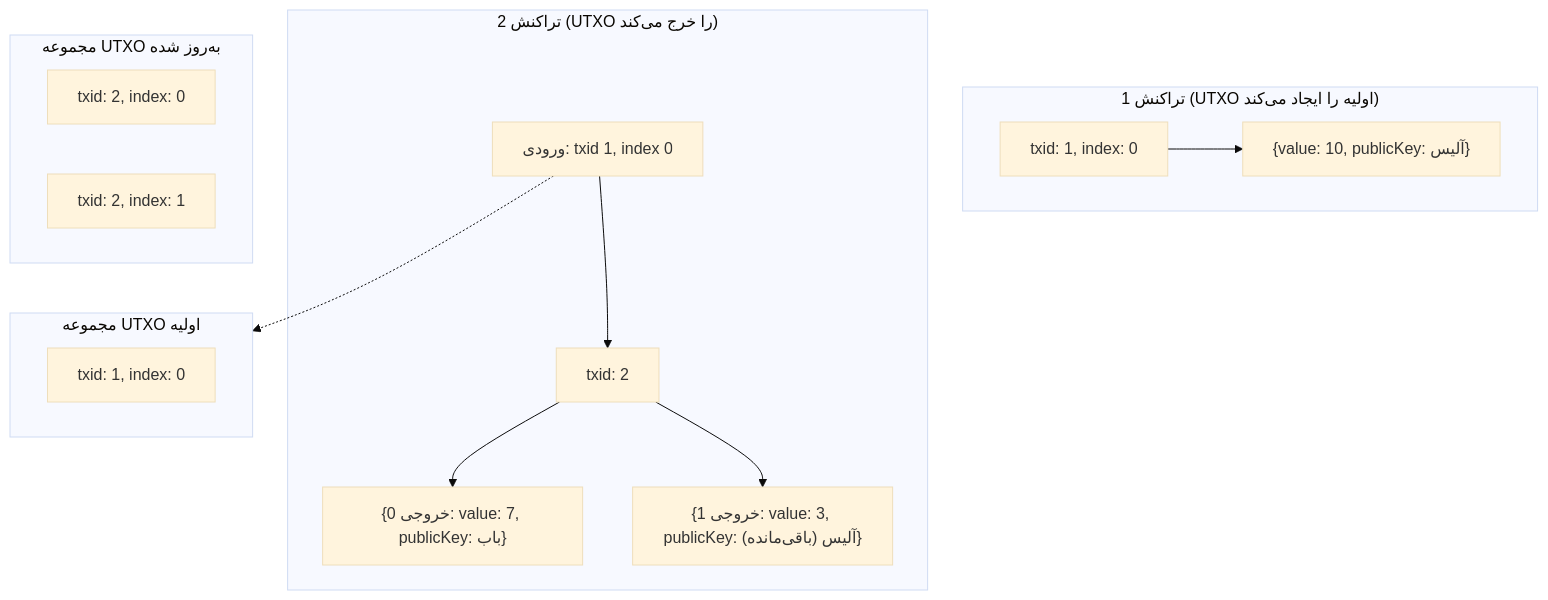
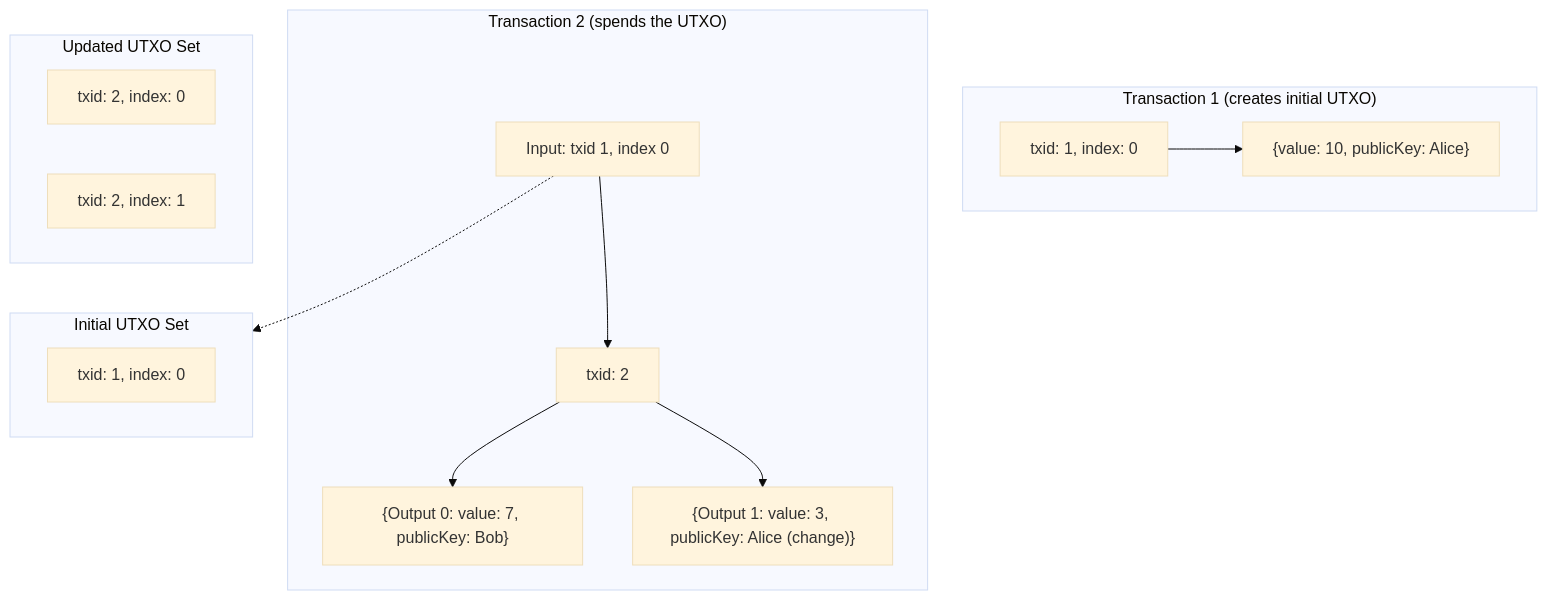
The diagram in docs/fa/concepts/utxo.md (SwimmingRieux/DS-Blockchain), drawn with Mermaid (base theme) before and after one commit. The commit also changed other lines of this file and 1 other file, not shown here.

Commit message:
Fix: replace Farsi characters in code blocks

````diff
--- a/docs/fa/concepts/utxo.md
+++ b/docs/fa/concepts/utxo.md
@@ -47,25 +47,25 @@
 ```mermaid
 graph TD
-    subgraph "تراکنش 1 (UTXO اولیه را ایجاد می‌کند)"
-        A["txid: 1, index: 0"] --> B["{value: 10, publicKey: آلیس}"]
+    subgraph "Transaction 1 (creates initial UTXO)"
+        A["txid: 1, index: 0"] --> B["{value: 10, publicKey: Alice}"]
     end
 
-    subgraph "تراکنش 2 (UTXO را خرج می‌کند)"
-        C["ورودی: txid 1, index 0"] --> D["txid: 2"]
-        D --> E["{خروجی 0: value: 7, publicKey: باب}"]
-        D --> F["{خروجی 1: value: 3, publicKey: آلیس (باقی‌مانده)}"]
+    subgraph "Transaction 2 (spends the UTXO)"
+        C["Input: txid 1, index 0"] --> D["txid: 2"]
+        D --> E["{Output 0: value: 7, publicKey: Bob}"]
+        D --> F["{Output 1: value: 3, publicKey: Alice (change)}"]
     end
 
-    subgraph "مجموعه UTXO اولیه"
+    subgraph "Initial UTXO Set"
         direction LR
         U1["txid: 1, index: 0"]
     end
 
-    subgraph "مجموعه UTXO به‌روز شده"
+    subgraph "Updated UTXO Set"
         direction LR
         U2["txid: 2, index: 0"]
         U3["txid: 2, index: 1"]
     end
 
     C -.-> U1
 ```
````
